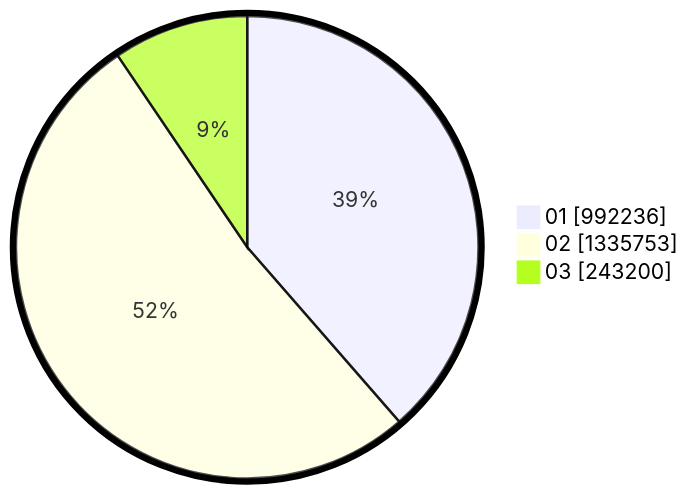
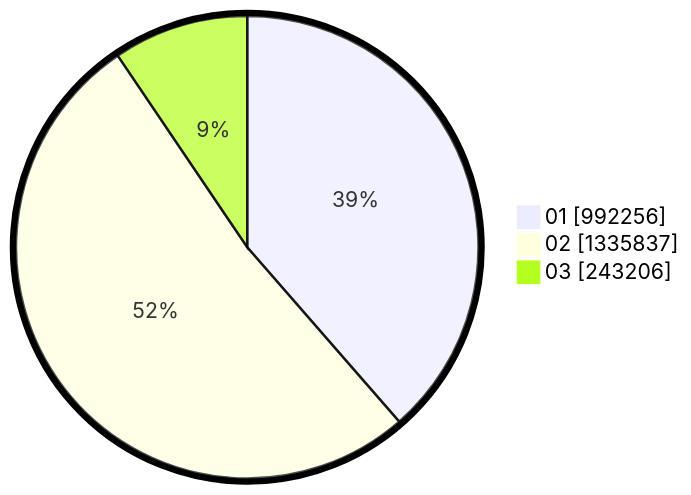
Before and after one commit to gigit-pemilu/pemilu-2024: the second of 2 diagrams in pilpres/hitung-suara/sub/table-wilayah-14.md, drawn with Mermaid. The commit also changed other lines of this file and 11 other files, not shown here.

````diff
--- a/pilpres/hitung-suara/sub/table-wilayah-14.md
+++ b/pilpres/hitung-suara/sub/table-wilayah-14.md
@@ -15,7 +15,7 @@
 ```mermaid
 %%{init: {"pie": {"textPosition": 0.5}, "themeVariables": {"pieOuterStrokeWidth": "5px"}} }%%
 pie showData
-    "01" : 992236
-    "02" : 1335753
-    "03" : 243200
+    "01" : 992256
+    "02" : 1335837
+    "03" : 243206
 ```
````
